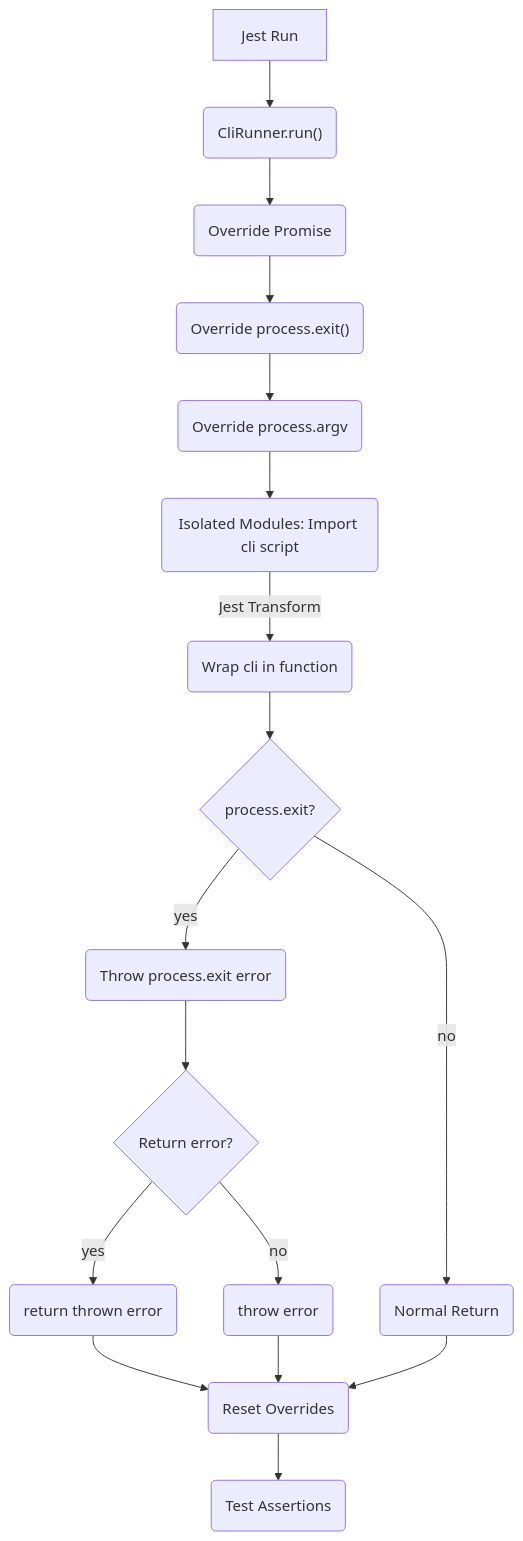
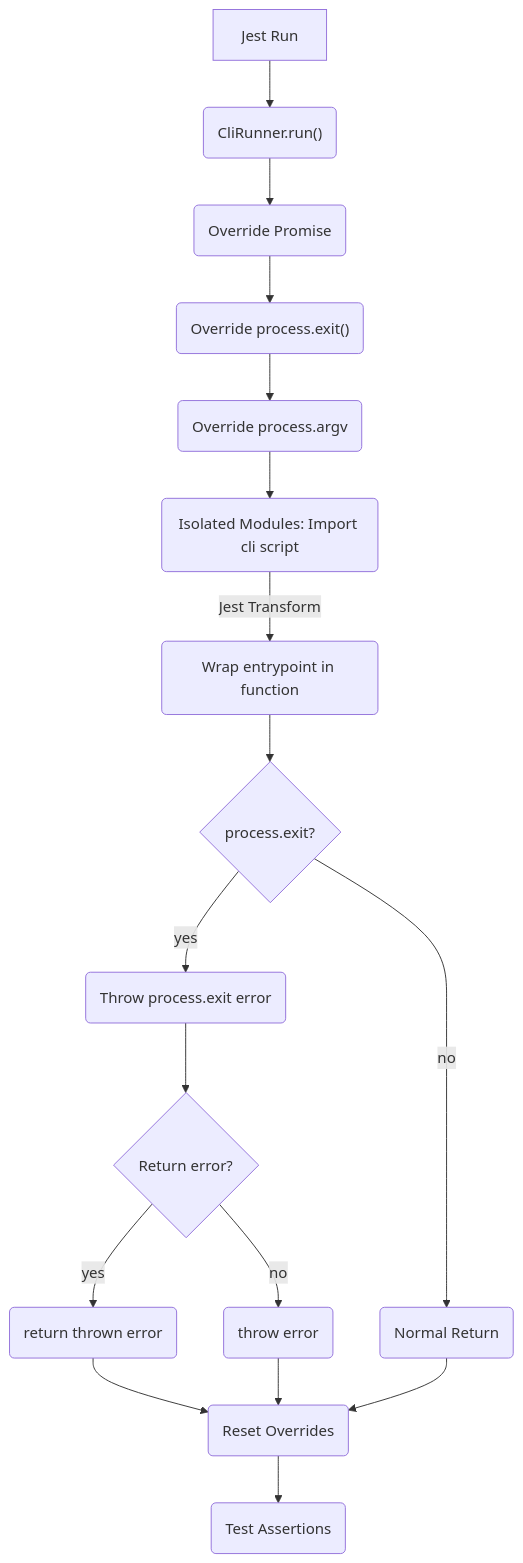
The first of 5 diagrams in DESIGN.md (HanseltimeIndustries/jest-cli-tester), drawn with Mermaid before and after one commit. The commit also changed other lines of this file and 13 other files, not shown here.

````diff
--- a/DESIGN.md
+++ b/DESIGN.md
@@ -5,19 +5,19 @@
 ```mermaid
 flowchart TD
     A[Jest Run] --> B("CliRunner.run()")
     B --> C(Override Promise)
     C --> D("Override process.exit()")
     D --> E(Override process.argv)
     E --> F(Isolated Modules: Import cli script)
-    F -->|Jest Transform| G(Wrap cli in function)
+    F -->|Jest Transform| G(Wrap entrypoint in function)
     G --> H{process.exit?}
     H -->|no| I(Normal Return)
     H -->|yes| J(Throw process.exit error)
     J --> K{Return error?}
     K -->|yes| L(return thrown error)
     K -->|no| M(throw error)
     L --> N(Reset Overrides)
     M --> N
     I --> N
     N --> O(Test Assertions)
 ```
````
